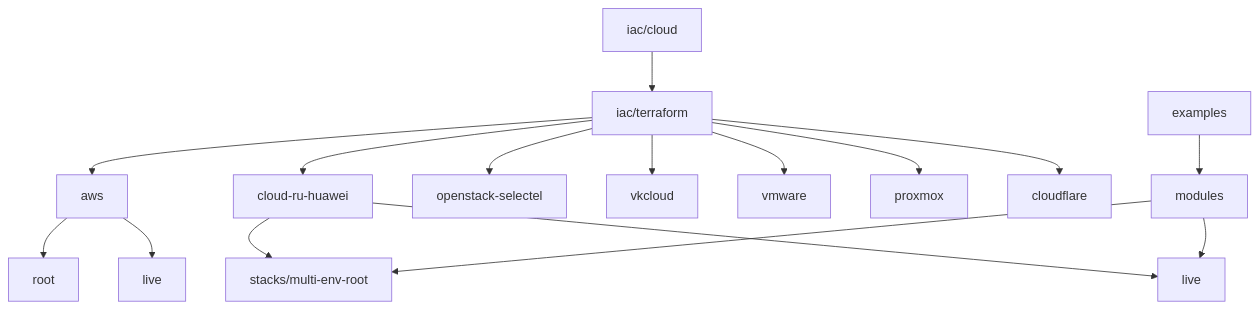
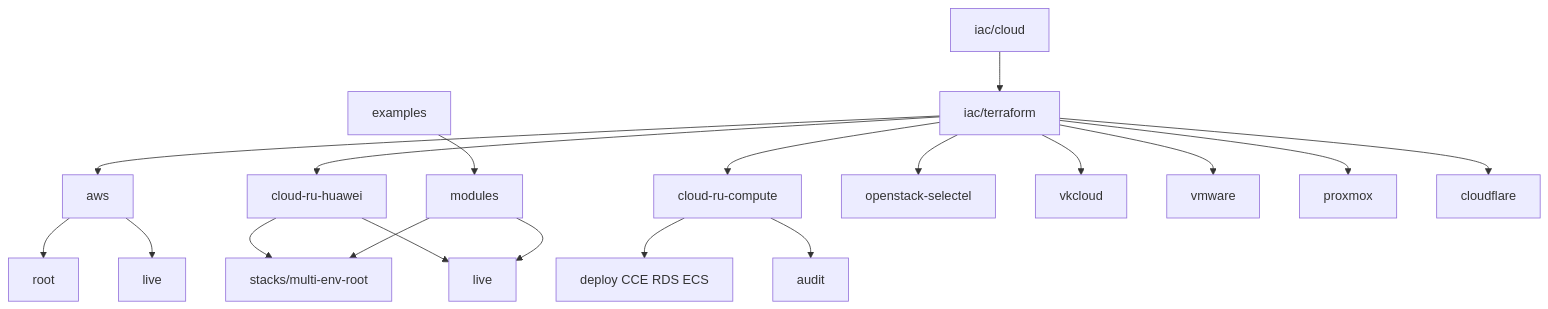
One commit to NarberallGamma/narberall-platform-engineer-lab changed the diagram in iac/terraform/README.md. Above: the diagram before and after it, drawn with Mermaid. The commit also changed other lines of this file and 53 other files, not shown here.

First line of the commit message:
Add sanitized Huawei-class compute catalog for a second cloud.ru estate.

````diff
--- a/iac/terraform/README.md
+++ b/iac/terraform/README.md
@@ -37,18 +39,21 @@
 ```mermaid
 flowchart TB
   Cloud[iac/cloud] --> TF[iac/terraform]
   TF --> AWS[aws]
   AWS --> AWSroot[root]
   AWS --> AWSlive[live]
   TF --> CR[cloud-ru-huawei]
   CR --> CRstack[stacks/multi-env-root]
   CR --> CRlive[live]
   Mods[modules] --> CRstack
   Mods --> CRlive
+  TF --> CRC[cloud-ru-compute]
+  CRC --> CRCdep[deploy CCE RDS ECS]
+  CRC --> CRCaud[audit]
   TF --> OS[openstack-selectel]
   TF --> VK[vkcloud]
   TF --> VMw[vmware]
   TF --> PX[proxmox]
   TF --> CF[cloudflare]
   Ex[examples] --> Mods
 ```
````
